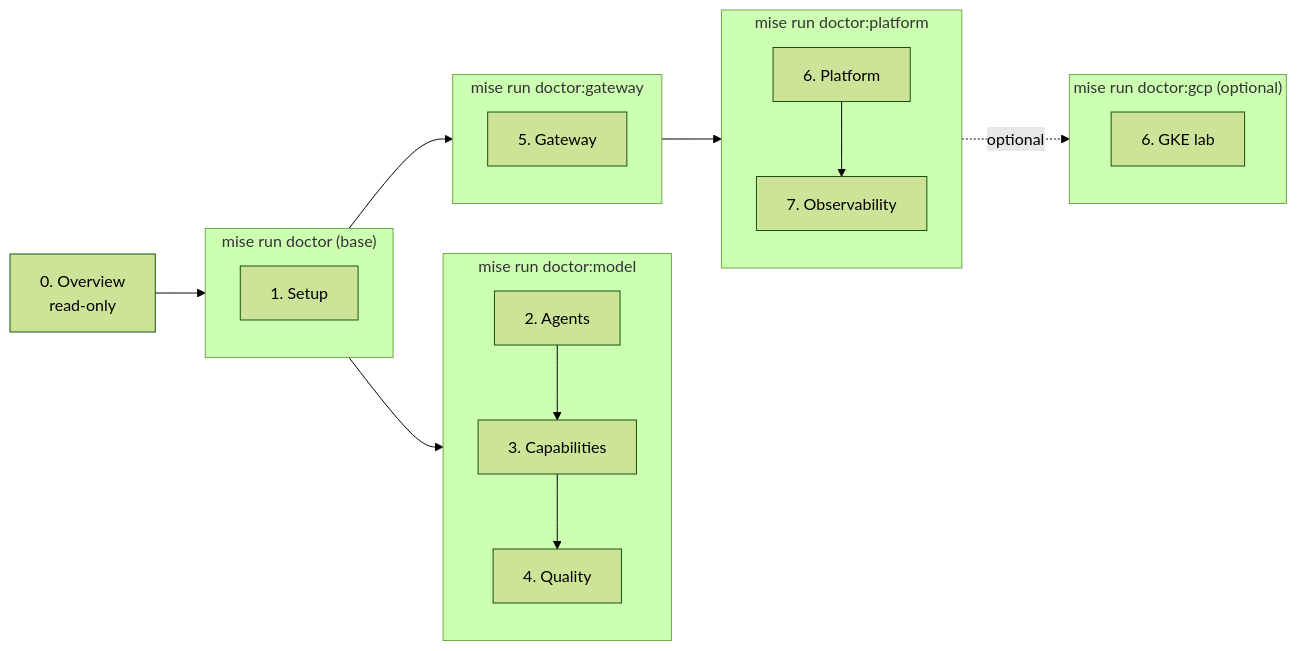
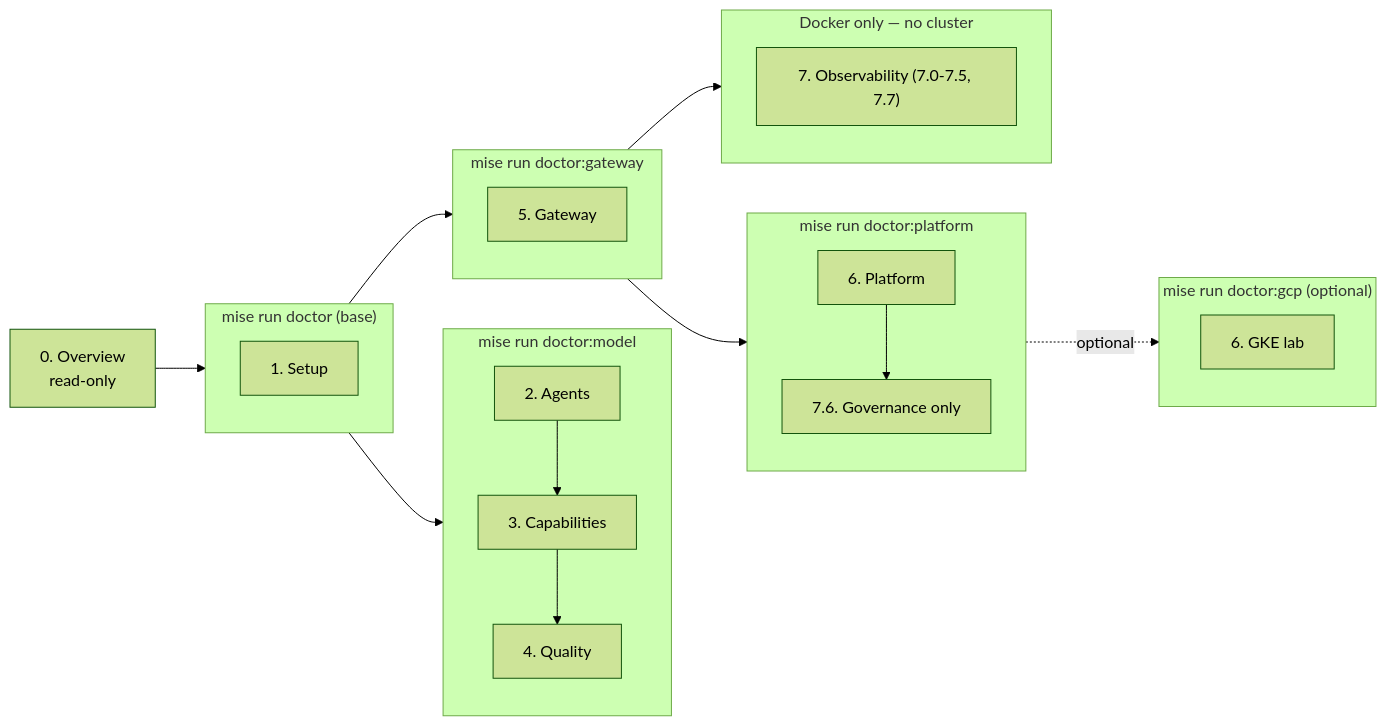
Before and after one commit to LuiGGi629/agentops-open-course: the diagram in docs/0. Overview/0.0. Course.md, drawn with Mermaid (forest theme). The commit also changed other lines of this file and 71 other files, not shown here.

First line of the commit message:
docs(course): order pages by the learner's dependency graph and add a practice loop

````diff
--- a/docs/0. Overview/0.0. Course.md
+++ b/docs/0. Overview/0.0. Course.md
@@ -64,23 +73,29 @@
 ```mermaid
 flowchart LR
     C0["0. Overview<br/>read-only"]
     subgraph Offline["mise run doctor (base)"]
         C1["1. Setup"]
     end
     subgraph Model["mise run doctor:model"]
         C2["2. Agents"] --> C3["3. Capabilities"] --> C4["4. Quality"]
     end
     subgraph Gateway["mise run doctor:gateway"]
         C5["5. Gateway"]
     end
     subgraph Platform["mise run doctor:platform"]
-        C6["6. Platform"] --> C7["7. Observability"]
+        C6["6. Platform"]
+        C76["7.6. Governance only"]
+    end
+    subgraph Observability["Docker only — no cluster"]
+        C7["7. Observability (7.0-7.5, 7.7)"]
     end
     subgraph Cloud["mise run doctor:gcp (optional)"]
         C6gke["6. GKE lab"]
     end
     C0 --> Offline
     Offline --> Model
     Offline --> Gateway --> Platform
+    Gateway --> Observability
+    C6 --> C76
     Platform -.optional.-> Cloud
 ```
````
